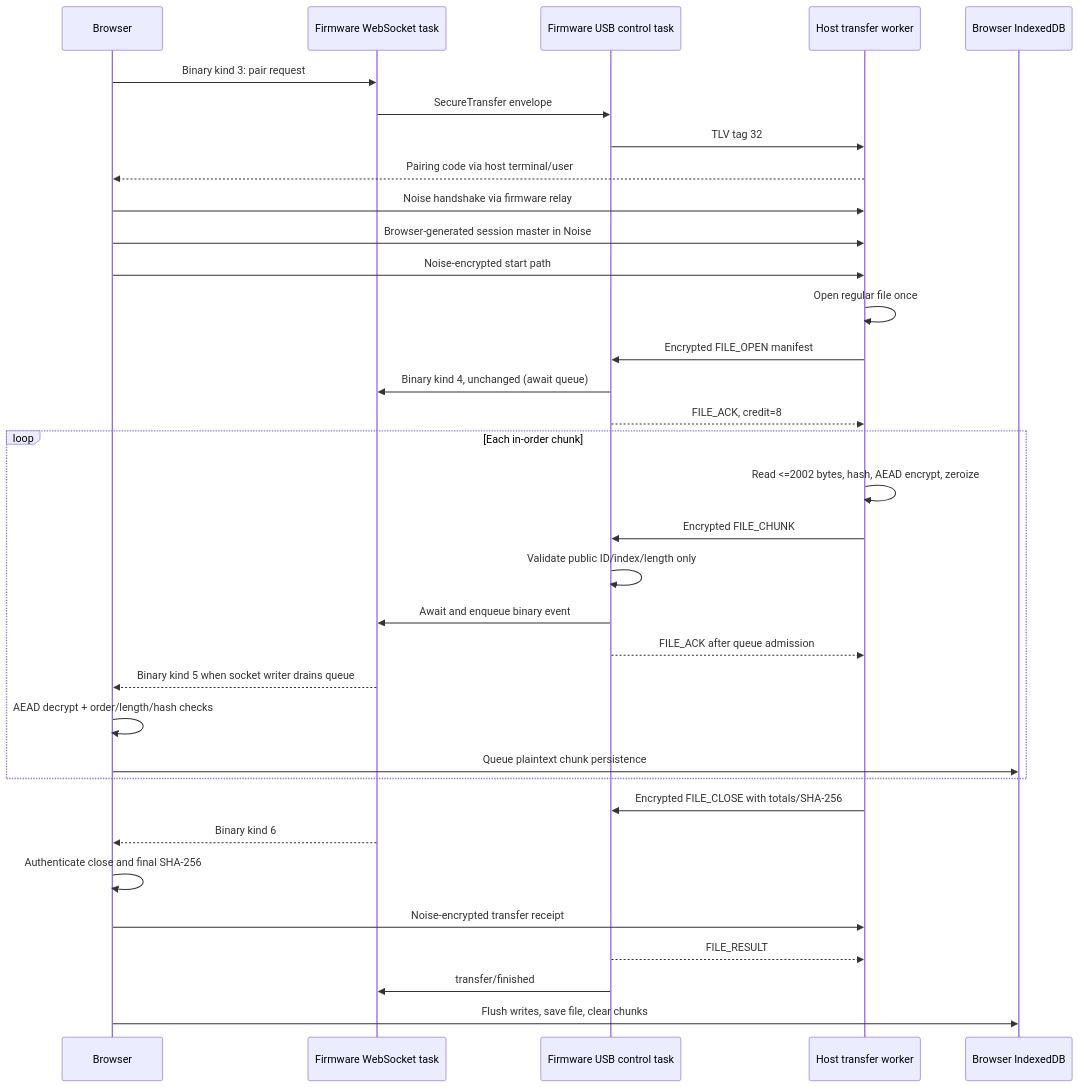
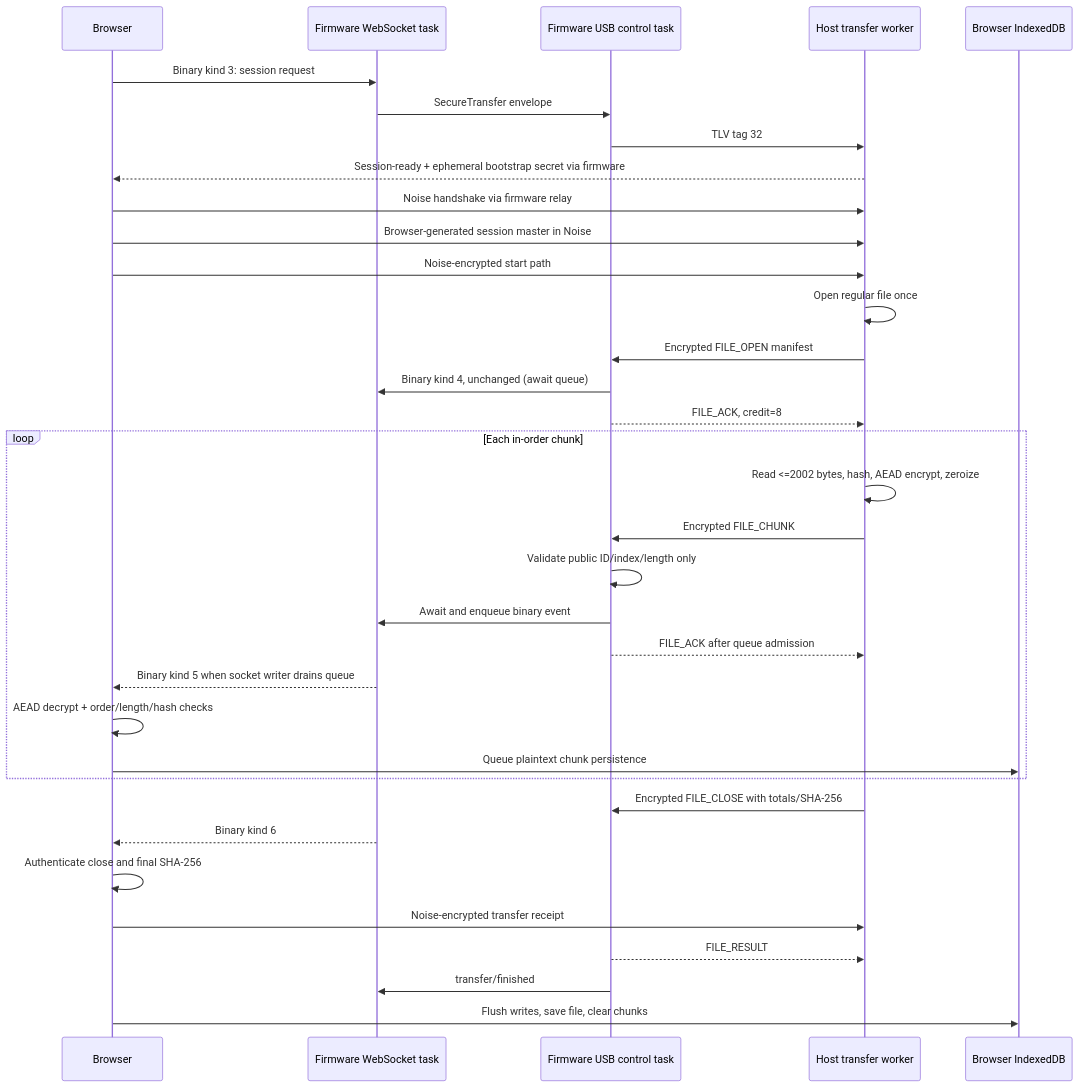
Before and after one commit to mapf0000/pico_plus_2w_blinky: the seventh of 9 diagrams in docs/ARCHITECTURE.md, drawn with Mermaid. The commit also changed other lines of this file and 17 other files, not shown here.

````diff
--- a/docs/ARCHITECTURE.md
+++ b/docs/ARCHITECTURE.md
@@ -281,37 +281,37 @@
 ```mermaid
 sequenceDiagram
     participant B as Browser
     participant W as Firmware WebSocket task
     participant C as Firmware USB control task
     participant H as Host transfer worker
     participant DB as Browser IndexedDB
 
-    B->>W: Binary kind 3: pair request
+    B->>W: Binary kind 3: session request
     W->>C: SecureTransfer envelope
     C->>H: TLV tag 32
-    H-->>B: Pairing code via host terminal/user
+    H-->>B: Session-ready + ephemeral bootstrap secret via firmware
     B->>H: Noise handshake via firmware relay
     B->>H: Browser-generated session master in Noise
     B->>H: Noise-encrypted start path
     H->>H: Open regular file once
     H->>C: Encrypted FILE_OPEN manifest
     C->>W: Binary kind 4, unchanged (await queue)
     C-->>H: FILE_ACK, credit=8
     loop Each in-order chunk
         H->>H: Read <=2002 bytes, hash, AEAD encrypt, zeroize
         H->>C: Encrypted FILE_CHUNK
         C->>C: Validate public ID/index/length only
         C->>W: Await and enqueue binary event
         C-->>H: FILE_ACK after queue admission
         W-->>B: Binary kind 5 when socket writer drains queue
         B->>B: AEAD decrypt + order/length/hash checks
         B->>DB: Queue plaintext chunk persistence
     end
     H->>C: Encrypted FILE_CLOSE with totals/SHA-256
     W-->>B: Binary kind 6
     B->>B: Authenticate close and final SHA-256
     B->>H: Noise-encrypted transfer receipt
     C-->>H: FILE_RESULT
     C->>W: transfer/finished
     B->>DB: Flush writes, save file, clear chunks
 ```
````
